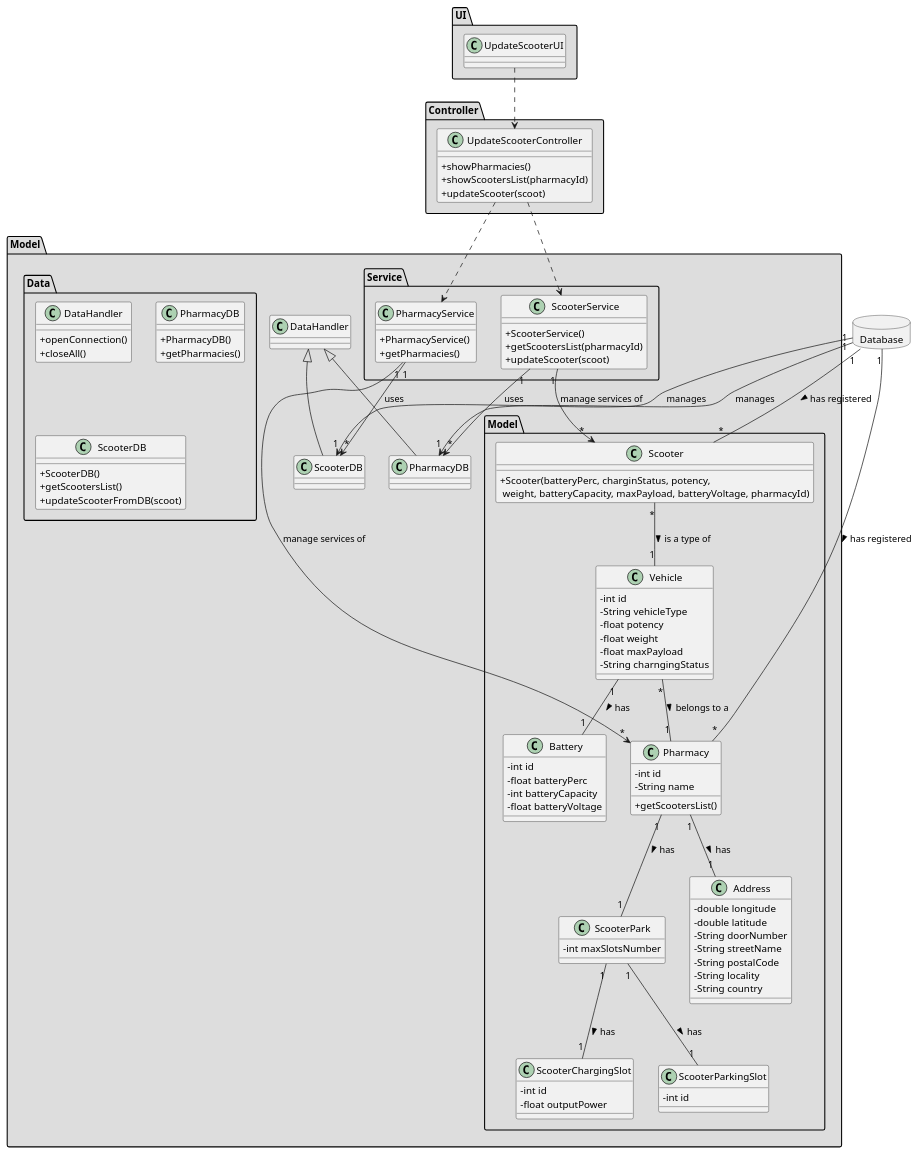
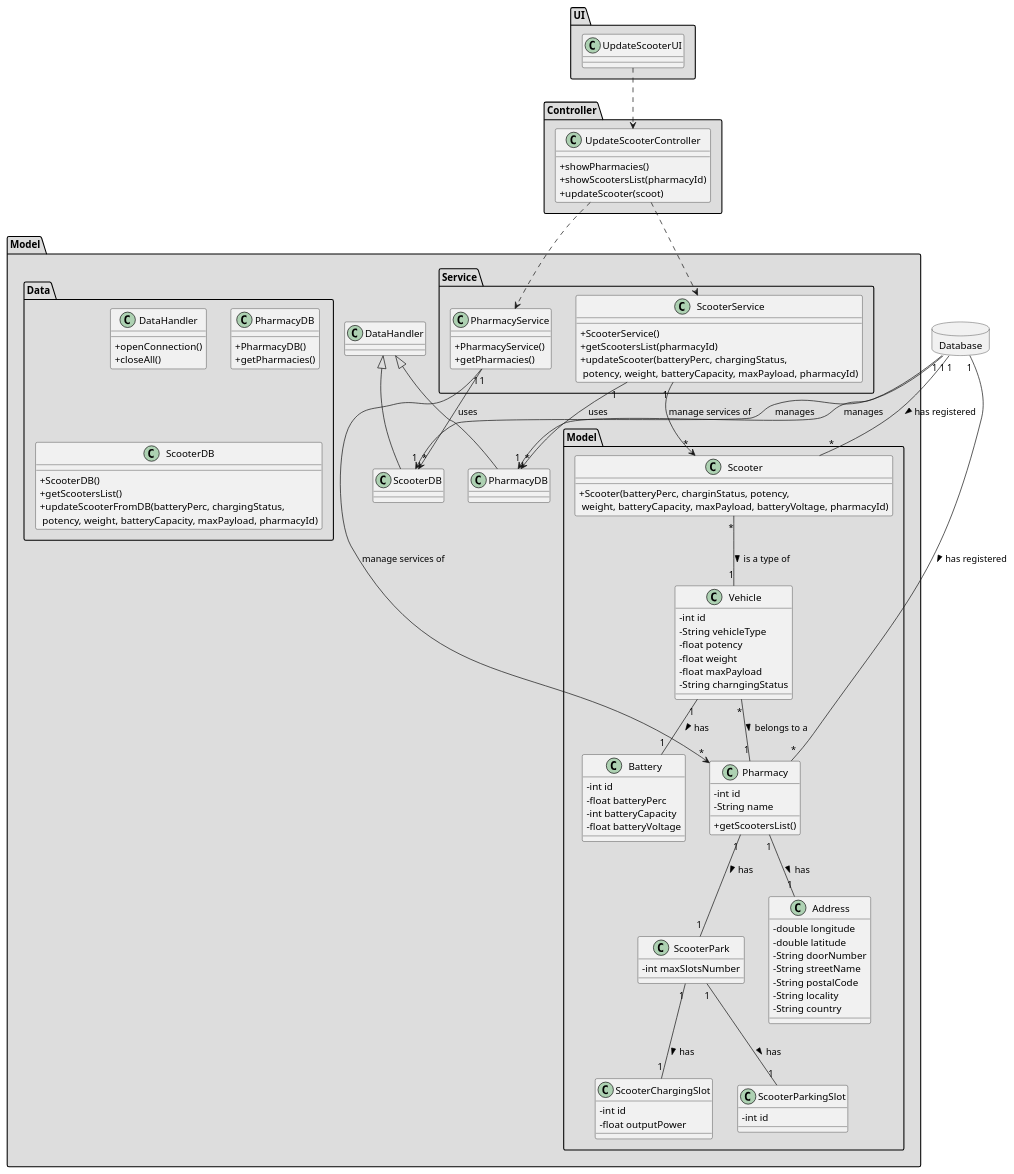
Before and after one commit to tiagoavcosta25/LAPR3: the diagram in docs/Iteration 2/Scooter Management/US32_UpdateScooter/Refinement/US32_CD.puml, drawn with PlantUML. The commit also changed 12 other files, not shown here.

```diff
--- a/docs/Iteration 2/Scooter Management/US32_UpdateScooter/Refinement/US32_CD.puml
+++ b/docs/Iteration 2/Scooter Management/US32_UpdateScooter/Refinement/US32_CD.puml
@@ -1,129 +1,129 @@
 @startuml
 skinparam classAttributeIconSize 0
 
 database Database {
 }
 
 package "UI" #DDDDDD {
 class UpdateScooterUI{
 }
 }
 
 package "Controller" #DDDDDD {
 class UpdateScooterController{
 +showPharmacies()
 +showScootersList(pharmacyId)
 +updateScooter(scoot)
 }
 }
 
 
 package "Model" #DDDDDD {
  package "Service" #DDDDDD {
   class PharmacyService{
       +PharmacyService()
       +getPharmacies()
   }
 
   class ScooterService{
       +ScooterService()
       +getScootersList(pharmacyId)
-      +updateScooter(scoot)
+      +updateScooter(batteryPerc, chargingStatus,\n potency, weight, batteryCapacity, maxPayload, pharmacyId)
    }
 }
 
 package "Model" #DDDDDD {
 class ScooterPark{
 -   int maxSlotsNumber
 }
 
 class ScooterChargingSlot{
 -   int id
 -   float outputPower
 }
 
 class ScooterParkingSlot{
 -   int id
 }
 
 class Scooter{
 +Scooter(batteryPerc, charginStatus, potency,\n weight, batteryCapacity, maxPayload, batteryVoltage, pharmacyId)
 
 }
 
 class Vehicle{
   -int id
   -String vehicleType
   -float potency
   -float weight
   -float maxPayload
   -String charngingStatus
 }
 
 class Battery{
   -int id
   -float batteryPerc
   -int batteryCapacity
   -float batteryVoltage
 }
 
 class Address{
   -double longitude
   -double latitude
   -String doorNumber
   -String streetName
   -String postalCode
   -String locality
   -String country
 }
 
 class Pharmacy {
   -int id
   -String name
   +getScootersList()
 }
 }
 
 
 package "Data" #DDDDDD {
 class DataHandler{
     +openConnection()
     +closeAll()
 }
 class PharmacyDB{
      +PharmacyDB()
      +getPharmacies()
  }
 
  class ScooterDB{
      +ScooterDB()
      +getScootersList()
-     +updateScooterFromDB(scoot)
+     +updateScooterFromDB(batteryPerc, chargingStatus,\n potency, weight, batteryCapacity, maxPayload, pharmacyId)
   }
 }
 
 class PharmacyDB extends DataHandler
 class ScooterDB extends DataHandler
 
 UpdateScooterUI ..> UpdateScooterController
 UpdateScooterController ..> PharmacyService
 UpdateScooterController ..> ScooterService
 Database "1" --> "1" PharmacyDB : manages
 Database "1" --> "1" ScooterDB : manages
 ScooterService "1" --> "*" PharmacyDB : uses
 PharmacyService "1" --> "*" ScooterDB : uses
 PharmacyService "1" --> "*" Pharmacy : manage services of
 ScooterService "1" --> "*" Scooter : manage services of
 
 Database "1" -- "*" Pharmacy : has registered >
 Database "1" -- "*" Scooter : has registered >
 
 Vehicle "1" -- "1" Battery : has >
 Vehicle "*" -- "1" Pharmacy : belongs to a >
 Scooter "*" -- "1" Vehicle : is a type of >
 Pharmacy "1" -- "1" Address : has >
 Pharmacy "1" -- "1" ScooterPark : has >
 ScooterPark "1" -- "1" ScooterChargingSlot : has >
 ScooterPark "1" -- "1" ScooterParkingSlot : has >
 
 @enduml
```
